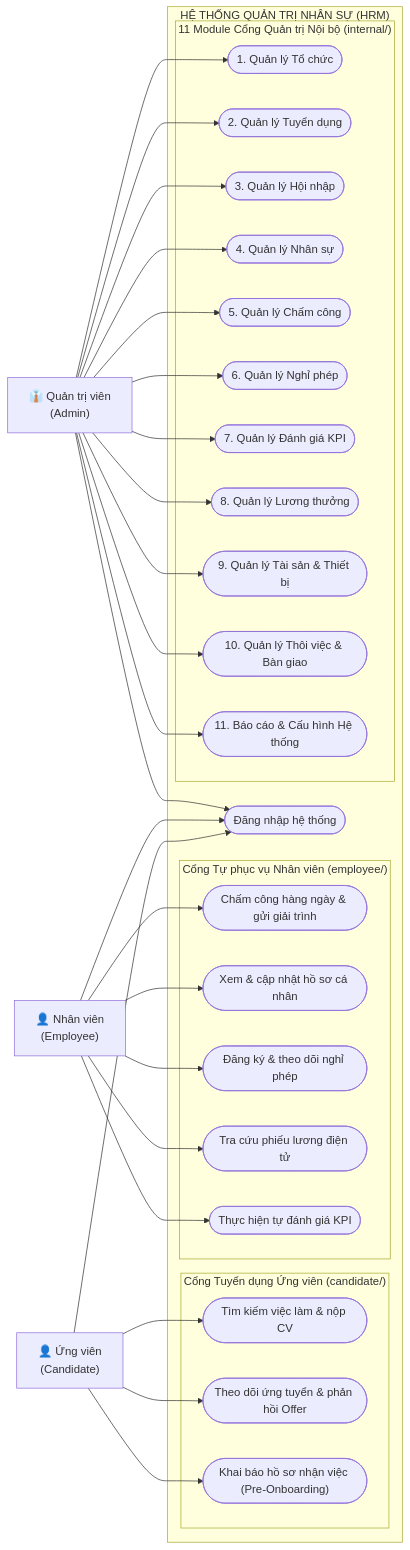
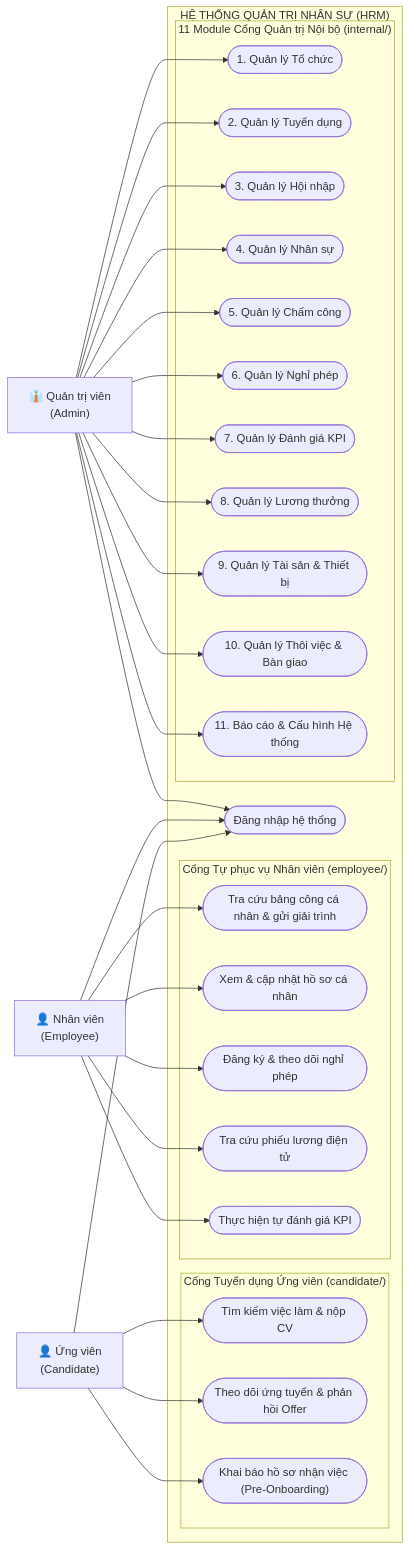
The first of 37 diagrams in docs/Các biểu đồ/So_Do_Use_Case_Tong_Quat_HRM.md (aye2710/HRM-DATN), drawn with Mermaid before and after one commit. The commit also changed other lines of this file and 2 other files, not shown here.

````diff
--- a/docs/Các biểu đồ/So_Do_Use_Case_Tong_Quat_HRM.md
+++ b/docs/Các biểu đồ/So_Do_Use_Case_Tong_Quat_HRM.md
@@ -18,64 +18,64 @@
 ```mermaid
 flowchart LR
     CAND["👤 Ứng viên\n(Candidate)"]
     EMP["👤 Nhân viên\n(Employee)"]
     ADMIN["👔 Quản trị viên\n(Admin)"]
 
     subgraph HRM_SYSTEM ["HỆ THỐNG QUẢN TRỊ NHÂN SỰ (HRM)"]
         
         subgraph PORTAL_CAND ["Cổng Tuyển dụng Ứng viên (candidate/)"]
             UC_C1(["Tìm kiếm việc làm & nộp CV"])
             UC_C2(["Theo dõi ứng tuyển & phản hồi Offer"])
             UC_C3(["Khai báo hồ sơ nhận việc (Pre-Onboarding)"])
         end
 
         subgraph PORTAL_EMP ["Cổng Tự phục vụ Nhân viên (employee/)"]
-            UC_E1(["Chấm công hàng ngày & gửi giải trình"])
+            UC_E1(["Tra cứu bảng công cá nhân & gửi giải trình"])
             UC_E2(["Xem & cập nhật hồ sơ cá nhân"])
             UC_E3(["Đăng ký & theo dõi nghỉ phép"])
             UC_E4(["Tra cứu phiếu lương điện tử"])
             UC_E5(["Thực hiện tự đánh giá KPI"])
         end
 
         subgraph PORTAL_ADMIN ["11 Module Cổng Quản trị Nội bộ (internal/)"]
             UC_M1(["1. Quản lý Tổ chức"])
             UC_M2(["2. Quản lý Tuyển dụng"])
             UC_M3(["3. Quản lý Hội nhập"])
             UC_M4(["4. Quản lý Nhân sự"])
             UC_M5(["5. Quản lý Chấm công"])
             UC_M6(["6. Quản lý Nghỉ phép"])
             UC_M7(["7. Quản lý Đánh giá KPI"])
             UC_M8(["8. Quản lý Lương thưởng"])
             UC_M9(["9. Quản lý Tài sản & Thiết bị"])
             UC_M10(["10. Quản lý Thôi việc & Bàn giao"])
             UC_M11(["11. Báo cáo & Cấu hình Hệ thống"])
         end
 
         UC_LOGIN(["Đăng nhập hệ thống"])
     end
 
     CAND --> UC_LOGIN
     CAND --> UC_C1
     CAND --> UC_C2
     CAND --> UC_C3
 
     EMP --> UC_LOGIN
     EMP --> UC_E1
     EMP --> UC_E2
     EMP --> UC_E3
     EMP --> UC_E4
     EMP --> UC_E5
 
     ADMIN --> UC_LOGIN
     ADMIN --> UC_M1
     ADMIN --> UC_M2
     ADMIN --> UC_M3
     ADMIN --> UC_M4
     ADMIN --> UC_M5
     ADMIN --> UC_M6
     ADMIN --> UC_M7
     ADMIN --> UC_M8
     ADMIN --> UC_M9
     ADMIN --> UC_M10
     ADMIN --> UC_M11
 ```
````
